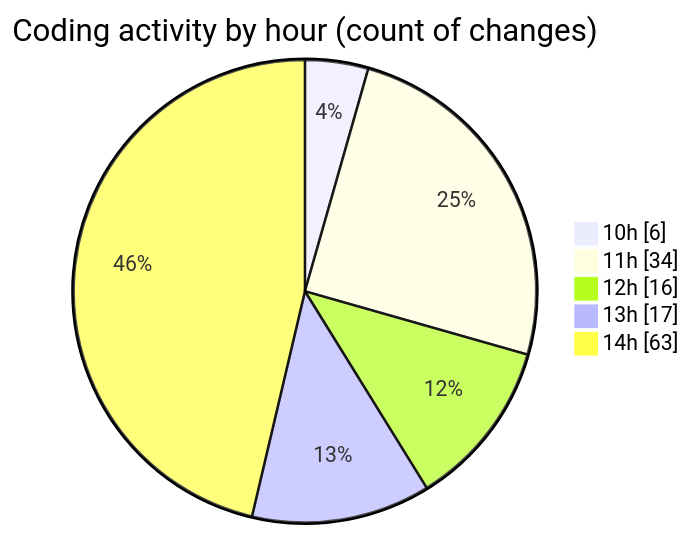
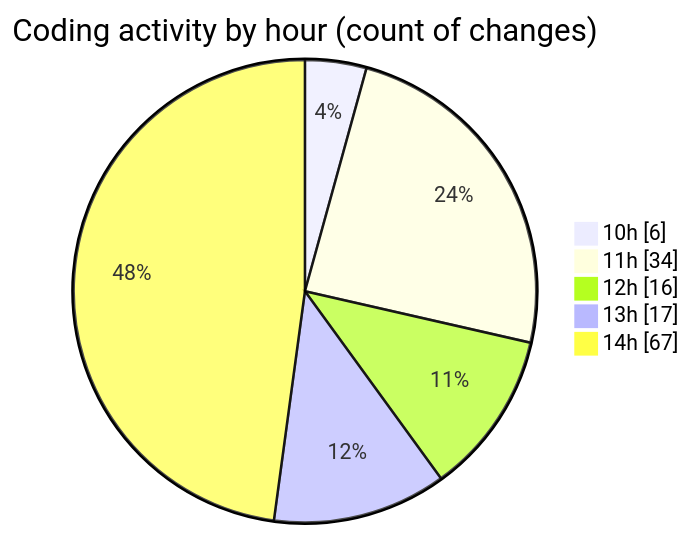
The second of 2 diagrams in 2025-08-13/cda/README.md (momahboobian/code-tracking), drawn with Mermaid before and after one commit. The commit also changed other lines of this file and 1 other file, not shown here.

````diff
--- a/2025-08-13/cda/README.md
+++ b/2025-08-13/cda/README.md
@@ -49,9 +49,9 @@
 ```mermaid
 pie showData
 title Coding activity by hour (count of changes)
 "10h" : 6
 "11h" : 34
 "12h" : 16
 "13h" : 17
-"14h" : 63
+"14h" : 67
 ```
````
